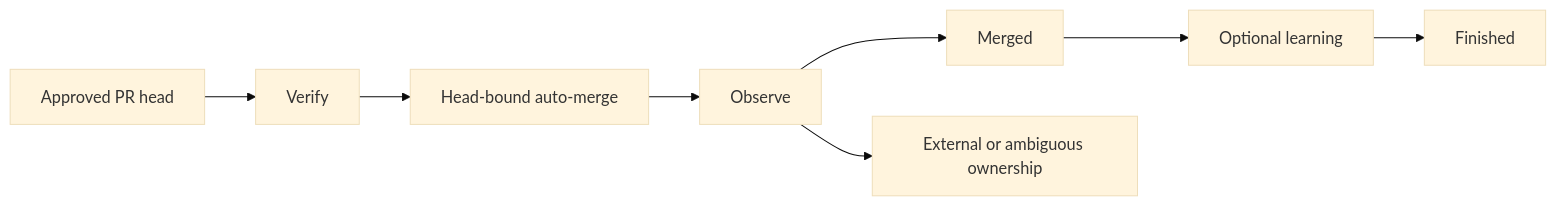
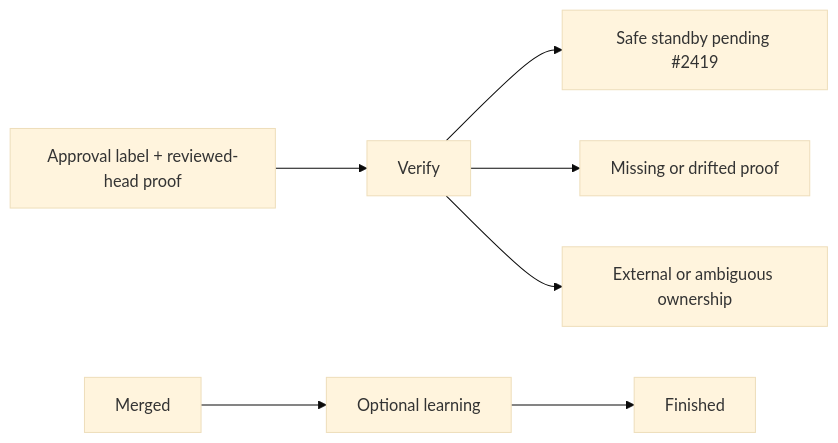
One commit to HomericIntelligence/Hephaestus changed diagram 13 of 16 in docs/architecture.md. Above: the diagram before and after it, drawn with Mermaid (base theme). The commit also changed other lines of this file and 45 other files, not shown here.

First line of the commit message:
fix(automation): bind approval to reviewed head (#2428)

````diff
--- a/docs/architecture.md
+++ b/docs/architecture.md
@@ -837,8 +854,8 @@
 ```mermaid
 flowchart LR
-    Approved["Approved PR head"] --> Verify --> Arm["Head-bound auto-merge"]
-    Arm --> Observe
-    Observe --> Merged
-    Observe --> Operator["External or ambiguous ownership"]
+    Approved["Approval label + reviewed-head proof"] --> Verify
+    Verify --> StandBy["Safe standby pending #2419"]
+    Verify --> Review["Missing or drifted proof"]
+    Verify --> Operator["External or ambiguous ownership"]
     Merged --> Learn["Optional learning"] --> Finished
 ```
````
